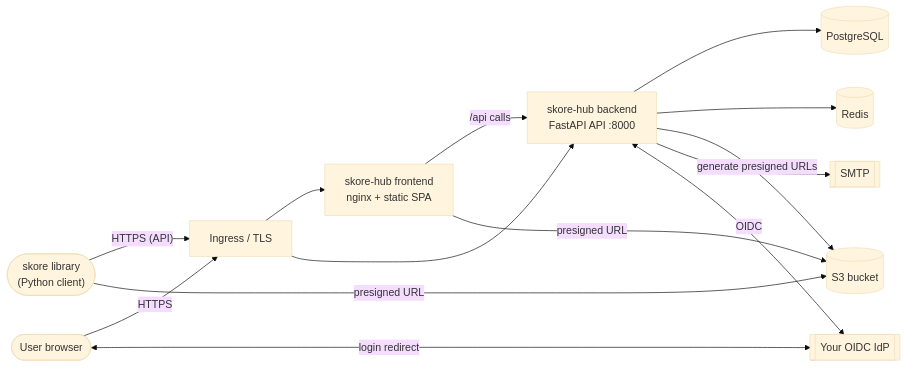
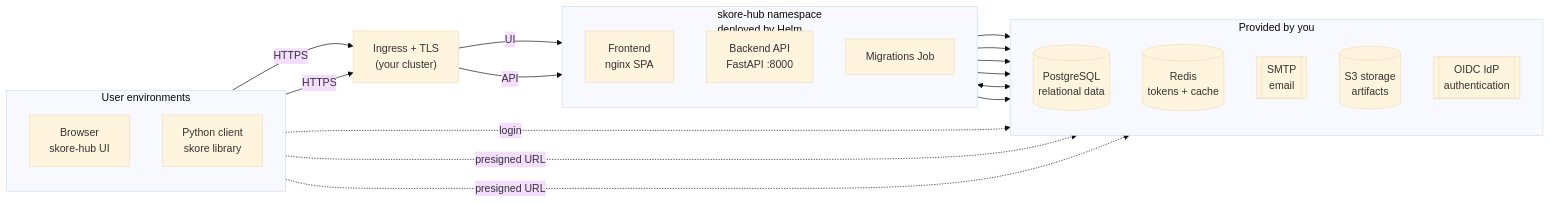
Before and after one commit to probabl-ai/charts: the diagram in docs/README.md, drawn with Mermaid (base theme). The commit also changed other lines of this file, not shown here.

Commit message:
docs: improve deployment architecture diagram
Group the actors and components by deployment boundary, distinguish Helm-managed components from operator-managed services, and make the request, presigned-transfer and OIDC flows explicit. Compact the diagram and hide the redundant table of contents on the overview so it renders at a legible size.

````diff
--- a/docs/README.md
+++ b/docs/README.md
@@ -56,22 +61,42 @@
 ```mermaid
 flowchart LR
-  browser(["User browser"])
-  lib(["skore library<br/>(Python client)"])
+  subgraph users["User environments"]
+    direction TB
+    browser["Browser<br/>skore-hub UI"]
+    lib["Python client<br/>skore library"]
+  end
 
-  browser -->|HTTPS| ing[Ingress / TLS]
-  lib -->|"HTTPS (API)"| ing
+  ing["Ingress + TLS<br/>(your cluster)"]
 
-  ing --> fe["skore-hub frontend<br/>nginx + static SPA"]
-  ing --> be["skore-hub backend<br/>FastAPI API :8000"]
-  fe -->|"/api calls"| be
+  subgraph deployed["skore-hub namespace<br/>deployed by Helm"]
+    direction TB
+    fe["Frontend<br/>nginx SPA"]
+    be["Backend API<br/>FastAPI :8000"]
+    mig["Migrations Job"]
+  end
 
-  fe -->|"presigned URL"| s3[("S3 bucket")]
-  lib -->|"presigned URL"| s3
+  subgraph provided["Provided by you"]
+    direction TB
+    pg[("PostgreSQL<br/>relational data")]
+    redis[("Redis<br/>tokens + cache")]
+    smtp[["SMTP<br/>email"]]
+    s3[("S3 storage<br/>artifacts")]
+    idp[["OIDC IdP<br/>authentication"]]
+  end
 
-  be --> pg[("PostgreSQL")]
-  be --> redis[("Redis")]
-  be -->|"generate presigned URLs"| s3
-  be --> smtp[["SMTP"]]
-  be <-->|OIDC| idp[["Your OIDC IdP"]]
-  browser <-->|"login redirect"| idp
+  browser -->|"HTTPS"| ing
+  lib -->|"HTTPS"| ing
+  ing -->|"UI"| fe
+  ing -->|"API"| be
+
+  be --> pg
+  be --> redis
+  be --> smtp
+  be --> s3
+  be <--> idp
+  mig --> pg
+
+  browser -.->|"login"| idp
+  browser -.->|"presigned URL"| s3
+  lib -.->|"presigned URL"| s3
 ```
````
